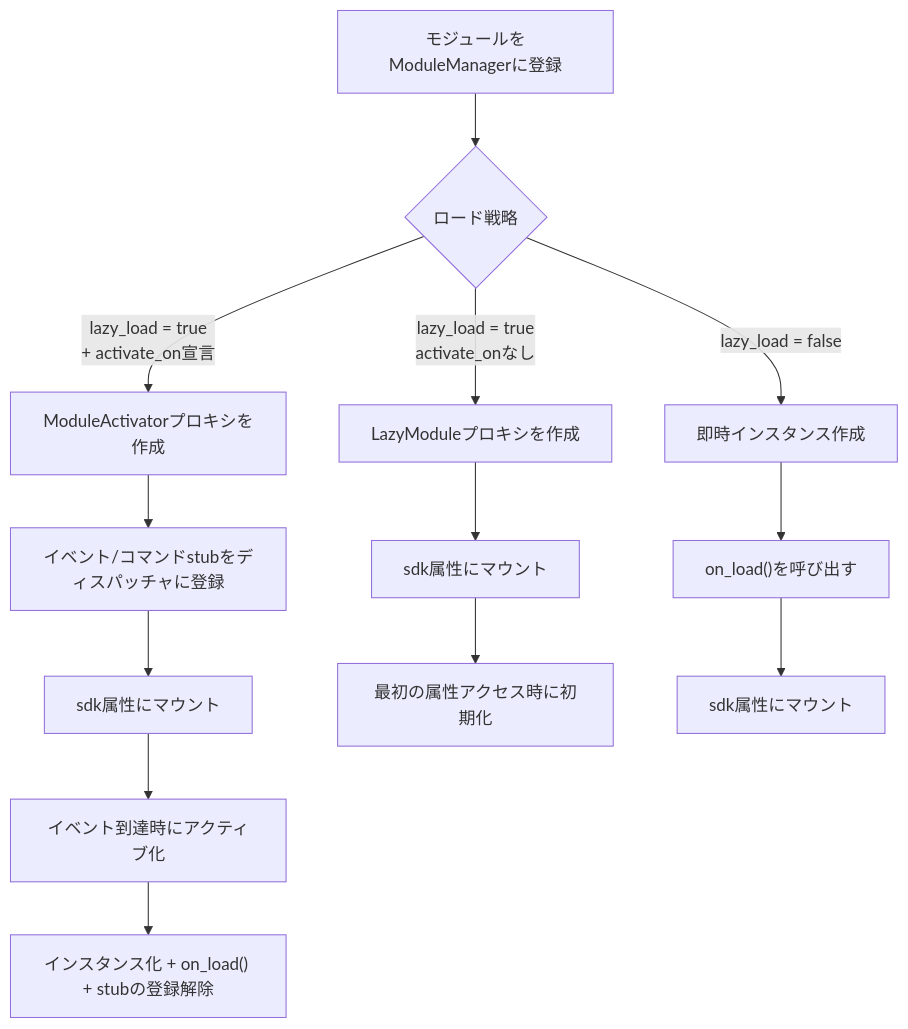
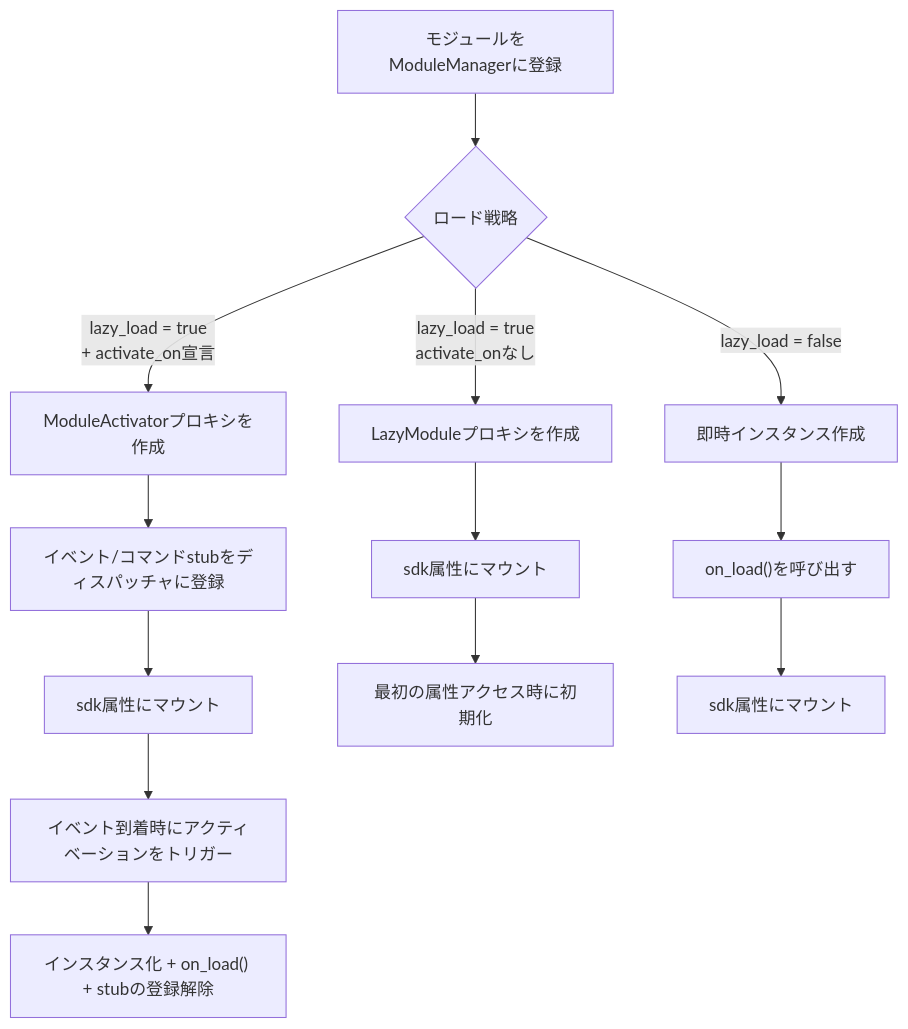
One commit to ErisPulse/ErisPulse changed the sixth of 10 diagrams in docs/ja/architecture.md. Above: the diagram before and after it, drawn with Mermaid. The commit also changed other lines of this file and 83 other files, not shown here.

````diff
--- a/docs/ja/architecture.md
+++ b/docs/ja/architecture.md
@@ -197,15 +197,15 @@
 ```mermaid
 flowchart TD
     A["モジュールをModuleManagerに登録"] --> B{"ロード戦略"}
     B -->|"lazy_load = true<br/>+ activate_on宣言"| C["ModuleActivatorプロキシを作成"]
     B -->|"lazy_load = true<br/>activate_onなし"| D["LazyModuleプロキシを作成"]
     B -->|"lazy_load = false"| E["即時インスタンス作成"]
     C --> F["イベント/コマンドstubをディスパッチャに登録"]
     F --> G["sdk属性にマウント"]
-    G --> H["イベント到達時にアクティブ化"]
+    G --> H["イベント到着時にアクティベーションをトリガー"]
     H --> I["インスタンス化 + on_load() + stubの登録解除"]
     D --> J["sdk属性にマウント"]
     J --> K["最初の属性アクセス時に初期化"]
     E --> L["on_load()を呼び出す"]
     L --> M["sdk属性にマウント"]
 ```
````
